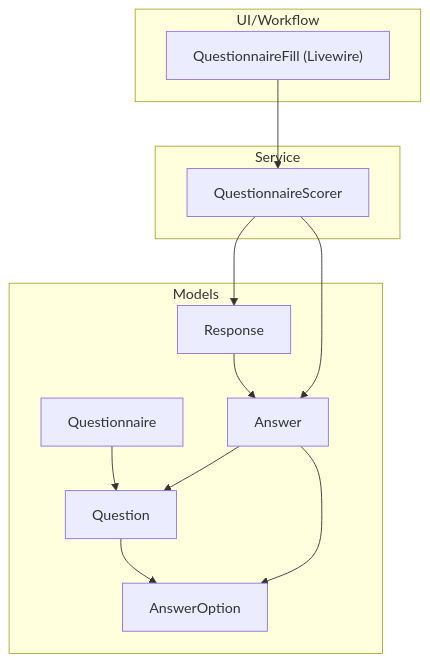
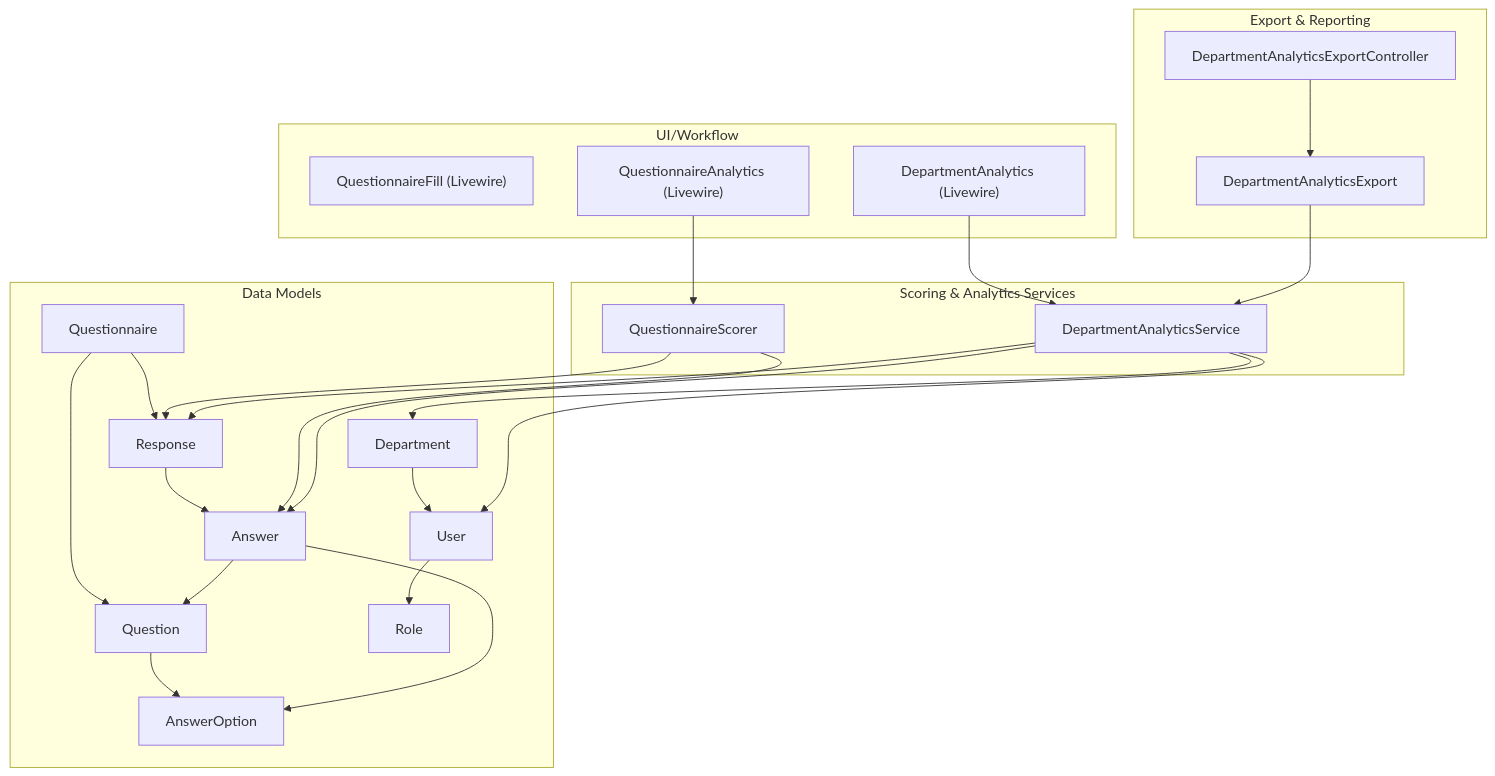
The first of 7 diagrams in .qoder/repowiki/en/content/Core Features/Evaluation Workflows/Scoring Algorithm.md (rudicatsmile/assesment360), drawn with Mermaid before and after one commit. The commit also changed other lines of this file and 6 other files, not shown here.

````diff
--- a/.qoder/repowiki/en/content/Core Features/Evaluation Workflows/Scoring Algorithm.md
+++ b/.qoder/repowiki/en/content/Core Features/Evaluation Workflows/Scoring Algorithm.md
@@ -41,24 +59,44 @@
 ```mermaid
 graph TB
-subgraph "Models"
+subgraph "Data Models"
 Q["Question"]
 AO["AnswerOption"]
 R["Response"]
 A["Answer"]
 QZ["Questionnaire"]
+D["Department"]
+U["User"]
+RO["Role"]
 end
-subgraph "Service"
+subgraph "Scoring & Analytics Services"
 S["QuestionnaireScorer"]
+DAS["DepartmentAnalyticsService"]
 end
 subgraph "UI/Workflow"
 WF["QuestionnaireFill (Livewire)"]
+QA["QuestionnaireAnalytics (Livewire)"]
+DA["DepartmentAnalytics (Livewire)"]
+end
+subgraph "Export & Reporting"
+EXP["DepartmentAnalyticsExport"]
+EC["DepartmentAnalyticsExportController"]
 end
 Q --> AO
 QZ --> Q
 R --> A
 A --> Q
 A --> AO
-WF --> S
+QZ --> R
+D --> U
+U --> RO
 S --> A
 S --> R
+DAS --> A
+DAS --> R
+DAS --> U
+DAS --> D
+QA --> S
+DA --> DAS
+EXP --> DAS
+EC --> EXP
 ```
````
